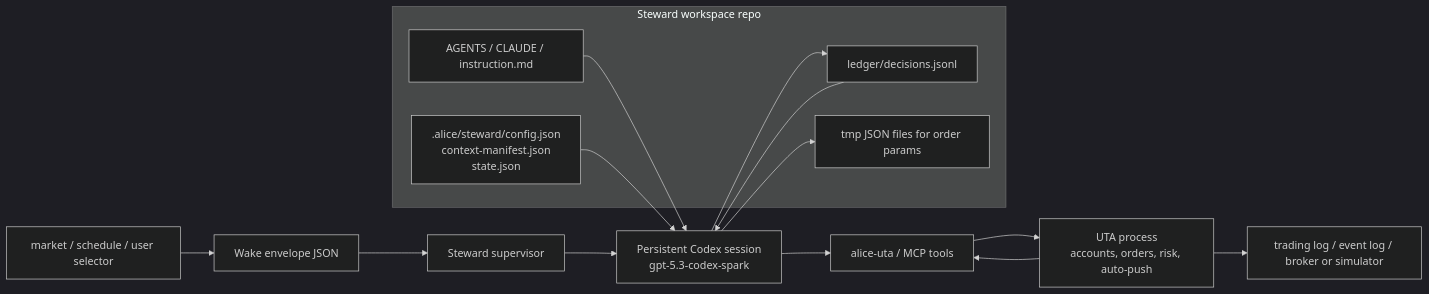
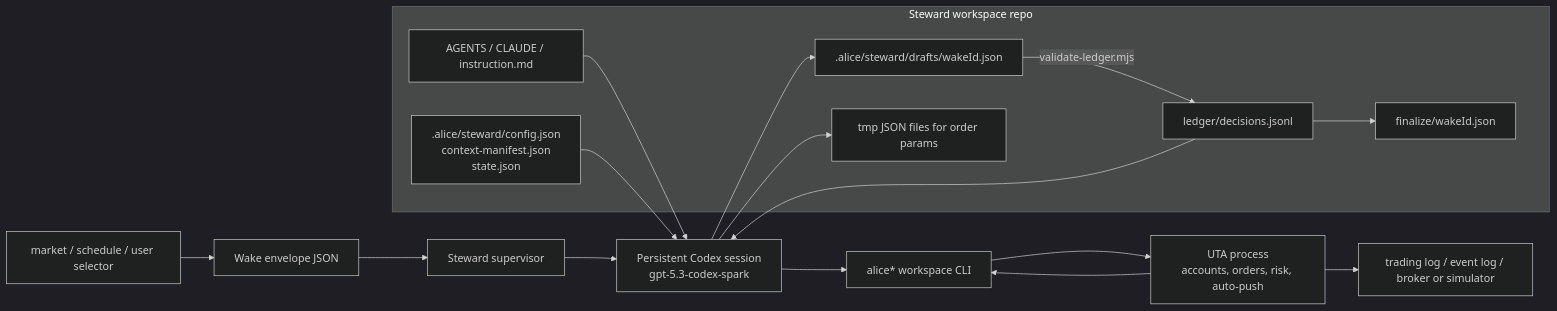
One commit to a-green-hand-jack/OpenAlice changed the first of 3 diagrams in docs/trading-agent-runtime-and-market-testing.zh.md. Above: the diagram before and after it, drawn with Mermaid (dark theme). The commit also changed other lines of this file and 1 other file, not shown here.

Commit message:
docs: map trading agent architecture and friction

````diff
--- a/docs/trading-agent-runtime-and-market-testing.zh.md
+++ b/docs/trading-agent-runtime-and-market-testing.zh.md
@@ -16,24 +19,28 @@
 ```mermaid
 flowchart LR
   Selector[market / schedule / user selector] --> Wake[Wake envelope JSON]
   Wake --> Supervisor[Steward supervisor]
   Supervisor --> Session[Persistent Codex session<br/>gpt-5.3-codex-spark]
 
   subgraph Workspace[Steward workspace repo]
     Instructions[AGENTS / CLAUDE / instruction.md]
     State[.alice/steward/config.json<br/>context-manifest.json<br/>state.json]
+    Draft[.alice/steward/drafts/wakeId.json]
     Ledger[ledger/decisions.jsonl]
+    Finalize[finalize/wakeId.json]
     Tmp[tmp JSON files for order params]
   end
 
   Instructions --> Session
   State --> Session
   Ledger --> Session
   Session --> Tmp
-  Session --> Ledger
+  Session --> Draft
+  Draft -->|validate-ledger.mjs| Ledger
+  Ledger --> Finalize
 
-  Session --> CLI[alice-uta / MCP tools]
+  Session --> CLI[alice* workspace CLI]
   CLI --> UTA[UTA process<br/>accounts, orders, risk, auto-push]
   UTA --> CLI
   UTA --> Audit[trading log / event log / broker or simulator]
 ```
````
